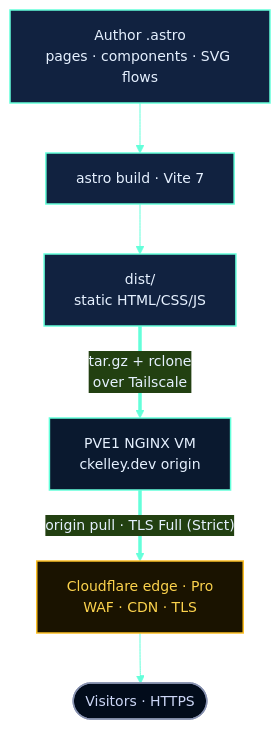
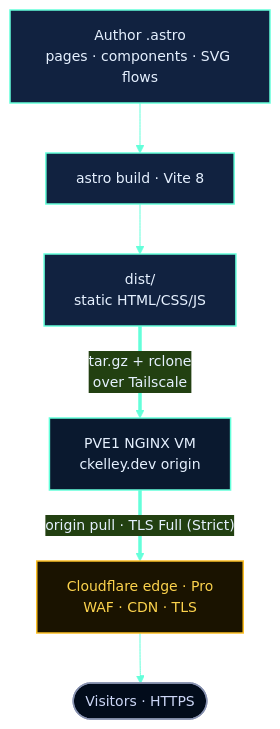
Before and after one commit to GhostKellz/ckelley.dev: the diagram in docs/architecture.md, drawn with Mermaid. The commit also changed other lines of this file and 17 other files, not shown here.

````diff
--- a/docs/architecture.md
+++ b/docs/architecture.md
@@ -104,20 +104,20 @@
 ```mermaid
 %%{init: {'theme':'base','themeVariables':{'fontFamily':'Inter, system-ui, sans-serif','primaryColor':'#112240','primaryBorderColor':'#64ffda','primaryTextColor':'#e6f1ff','lineColor':'#64ffda','fontSize':'14px'}}}%%
 flowchart TB
     SRC["Author .astro<br/>pages · components · SVG flows"]:::dev
-    BUILD["astro build · Vite 7"]:::dev
+    BUILD["astro build · Vite 8"]:::dev
     DIST["dist/<br/>static HTML/CSS/JS"]:::dev
     NGX["PVE1 NGINX VM<br/>ckelley.dev origin"]:::host
     CF["Cloudflare edge · Pro<br/>WAF · CDN · TLS"]:::external
     USER(["Visitors · HTTPS"]):::public
 
     SRC --> BUILD --> DIST
     DIST ==>|"tar.gz + rclone<br/>over Tailscale"| NGX
     NGX ==>|"origin pull · TLS Full (Strict)"| CF
     CF --> USER
 
     classDef dev fill:#112240,stroke:#64ffda,stroke-width:1.5px,color:#e6f1ff;
     classDef host fill:#0a192f,stroke:#64ffda,stroke-width:1.5px,color:#e6f1ff;
     classDef public fill:#020c1b,stroke:#8892b0,stroke-width:1.5px,color:#ccd6f6;
     classDef external fill:#1a1300,stroke:#fbbf24,stroke-width:1.5px,color:#fcd34d;
 ```
````
